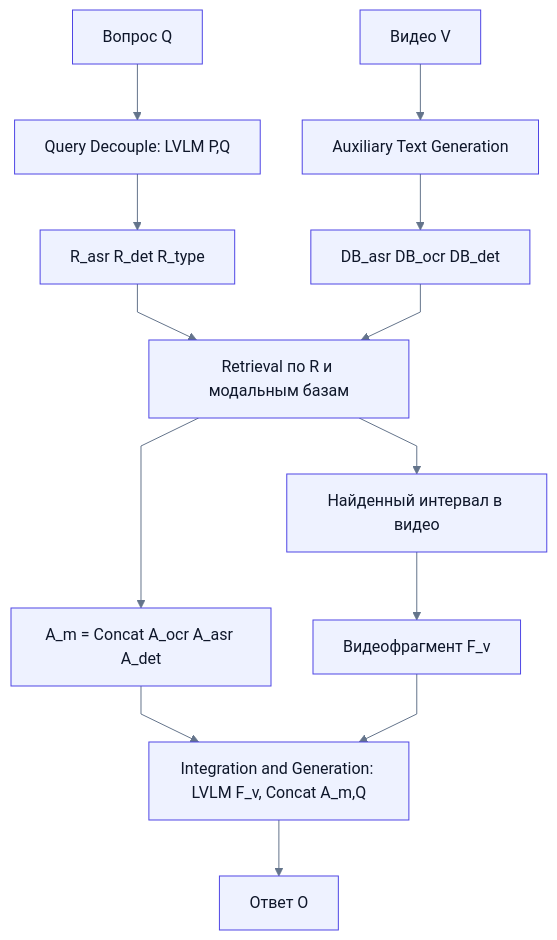
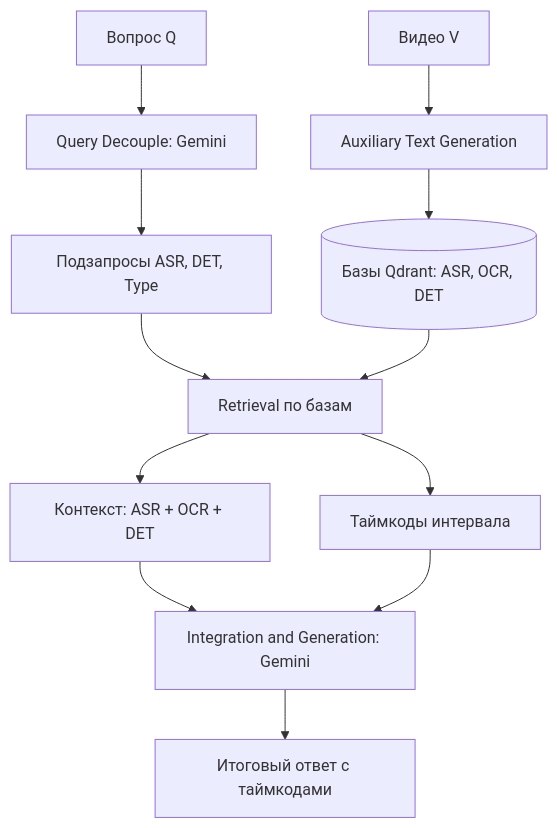
Before and after one commit to maxlyara1/video-rag-research: the diagram in README.md, drawn with Mermaid. The commit also changed other lines of this file and 16 other files, not shown here.

Commit message:
feat: integrate premium web UI, Docker support, Cyrillic EasyOCR, BLIP+spaCy DET, and automated search benchmark

````diff
--- a/README.md
+++ b/README.md
@@ -22,19 +43,17 @@
 ```mermaid
-%%{init: {"theme":"base","themeVariables":{"background":"#FFFFFF","primaryColor":"#EEF2FF","primaryBorderColor":"#4F46E5","primaryTextColor":"#0F172A","lineColor":"#64748B","fontFamily":"ui-sans-serif, -apple-system, BlinkMacSystemFont, Segoe UI, sans-serif"},"flowchart":{"curve":"linear","nodeSpacing":42,"rankSpacing":56}}}%%
-flowchart TD
-    Q[Вопрос Q] --> D[Query Decouple: LVLM P,Q]
-    D --> R[R_asr R_det R_type]
+graph TD
+    Q[Вопрос Q] --> D[Query Decouple: Gemini]
+    D --> R[Подзапросы ASR, DET, Type]
 
     V[Видео V] --> AUX[Auxiliary Text Generation]
-    AUX --> DB[DB_asr DB_ocr DB_det]
+    AUX --> DB[(Базы Qdrant: ASR, OCR, DET)]
 
-    R --> RET[Retrieval по R и модальным базам]
+    R --> RET[Retrieval по базам]
     DB --> RET
-    RET --> AM[A_m = Concat A_ocr A_asr A_det]
-    RET --> INT[Найденный интервал в видео]
-    INT --> FV[Видеофрагмент F_v]
+    RET --> AM[Контекст: ASR + OCR + DET]
+    RET --> INT[Таймкоды интервала]
 
-    AM --> GEN[Integration and Generation: LVLM F_v, Concat A_m,Q]
-    FV --> GEN
-    GEN --> O[Ответ O]
+    AM --> GEN[Integration and Generation: Gemini]
+    INT --> GEN
+    GEN --> O[Итоговый ответ с таймкодами]
 ```
````
